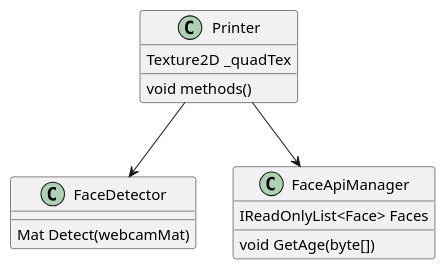
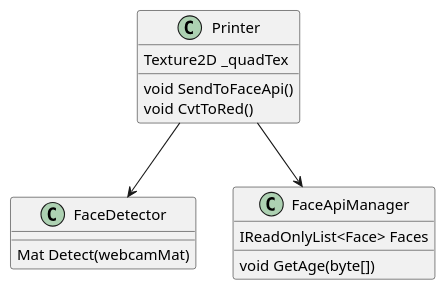
One commit to takaya901/EyesOfDeathGod changed the diagram in EyesOfDeathGod.pu. Above: the diagram before and after it, drawn with PlantUML. The commit also changed 9 other files, not shown here.

```diff
--- a/EyesOfDeathGod.pu
+++ b/EyesOfDeathGod.pu
@@ -1,18 +1,19 @@
 @startuml EyesOfDeathGod
 class Printer {
 	Texture2D _quadTex
-    void methods()
+    void SendToFaceApi()
+    void CvtToRed()
 }
 
 class FaceDetector {
     Mat Detect(webcamMat)
 }
 
 class FaceApiManager {
     IReadOnlyList<Face> Faces
     void GetAge(byte[])
 }
 
 Printer --> FaceDetector
 Printer --> FaceApiManager
 @enduml
```
